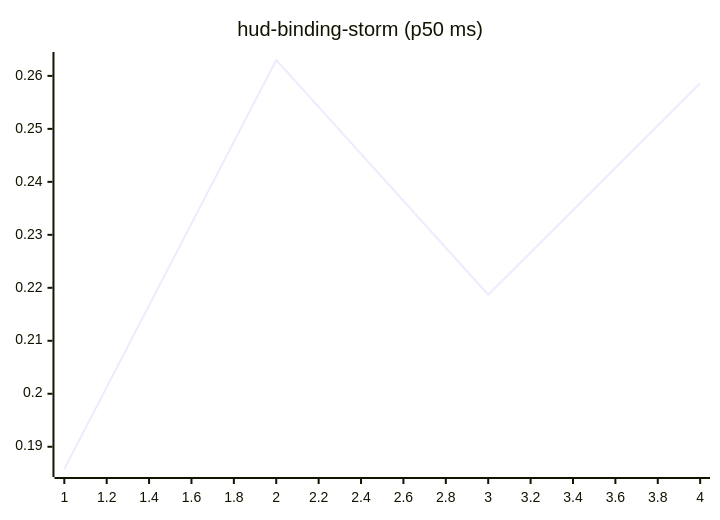
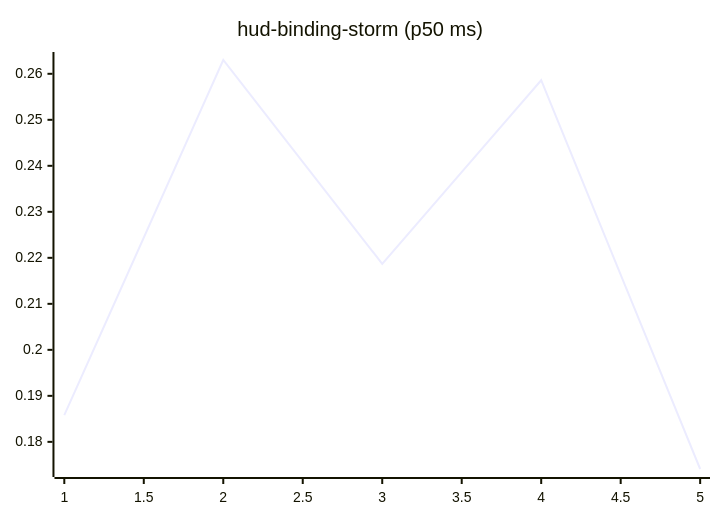
Before and after one commit to josha/Facet: the tenth of 27 diagrams in README.md, drawn with Mermaid. The commit also changed other lines of this file and 2 other files, not shown here.

````diff
--- a/README.md
+++ b/README.md
@@ -126,6 +126,6 @@
 ```mermaid
 xychart-beta
     title "hud-binding-storm (p50 ms)"
-    x-axis 1 --> 4
-    line [0.1858, 0.2630, 0.2187, 0.2586]
+    x-axis 1 --> 5
+    line [0.1858, 0.2630, 0.2187, 0.2586, 0.1741]
 ```
````
